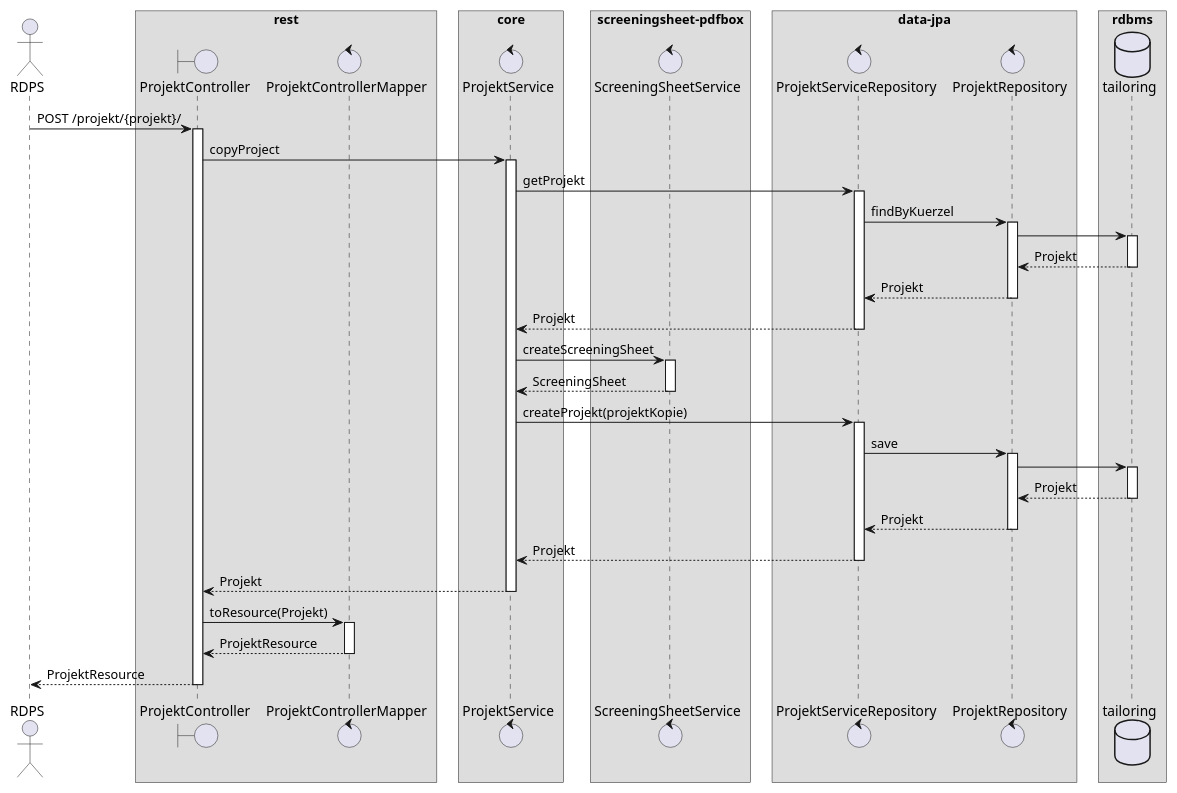
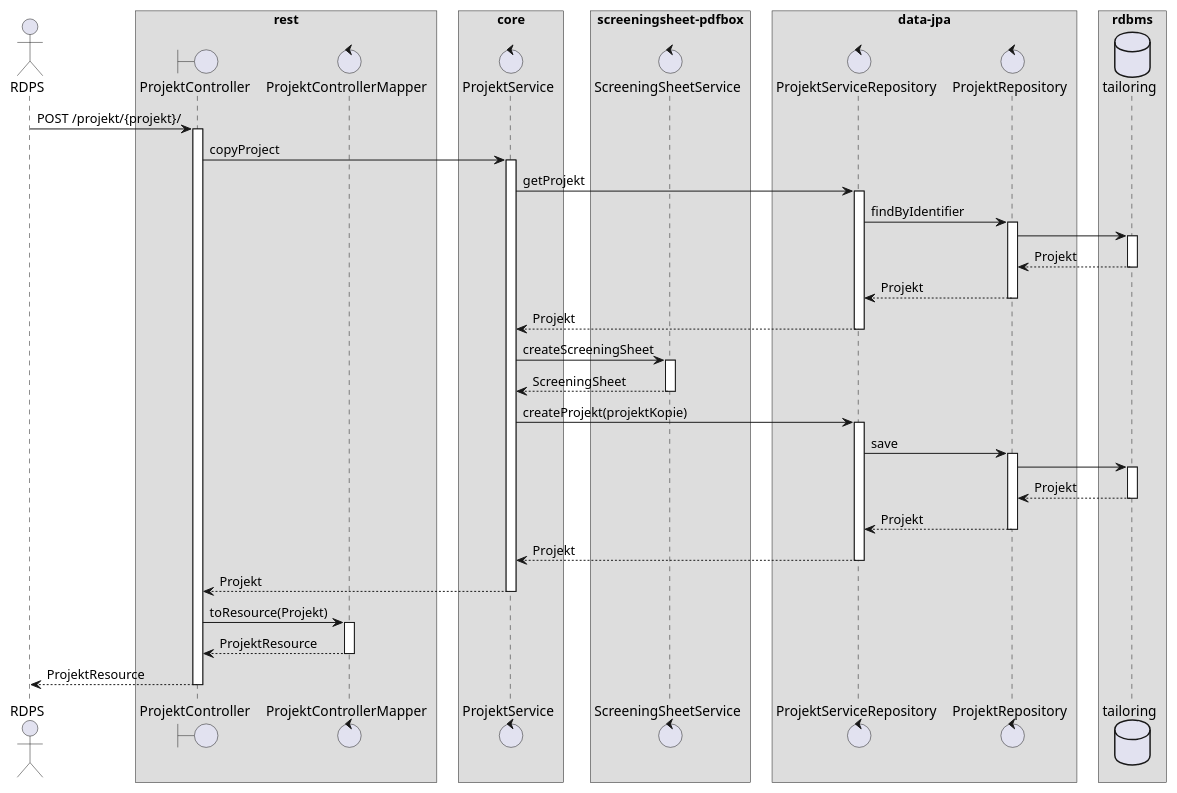
The diagram in src/site/arc42/plantuml/ProjektKopieren.plantuml (tailoringexpert/platform), drawn with PlantUML before and after one commit. The commit also changed 29 other files, not shown here.

```diff
--- a/src/site/arc42/plantuml/ProjektKopieren.plantuml
+++ b/src/site/arc42/plantuml/ProjektKopieren.plantuml
@@ -1,76 +1,76 @@
 @startuml ProjektKopieren.png
 skinparam BoxPadding 10
 
 actor RDPS
 
 box rest
     boundary ProjektController
     control ProjektControllerMapper
 end box
 
 box core
     control ProjektService
 end box
 
 box screeningsheet-pdfbox
     control ScreeningSheetService
 end box
 
 box data-jpa
     control ProjektServiceRepository
     control ProjektRepository
 end box
 
 box rdbms
     database tailoring as db
 end box
 
 RDPS -> ProjektController : POST /projekt/{projekt}/
 activate ProjektController
 
 ProjektController -> ProjektService : copyProject
 activate ProjektService
 
 ProjektService -> ProjektServiceRepository : getProjekt
 activate ProjektServiceRepository
-ProjektServiceRepository -> ProjektRepository : findByKuerzel
+ProjektServiceRepository -> ProjektRepository : findByIdentifier
 activate ProjektRepository
 ProjektRepository -> db
 activate db
 return Projekt
 ProjektRepository --> ProjektServiceRepository : Projekt
 deactivate ProjektRepository
 
 ProjektServiceRepository -->  ProjektService : Projekt
 deactivate ProjektServiceRepository
 
 ProjektService -> ScreeningSheetService : createScreeningSheet
 activate ScreeningSheetService
 return ScreeningSheet
 deactivate ScreeningSheetService
 
 ProjektService -> ProjektServiceRepository : createProjekt(projektKopie)
 activate ProjektServiceRepository
 ProjektServiceRepository -> ProjektRepository : save
 activate ProjektRepository
 ProjektRepository -> db
 activate db
 return Projekt
 deactivate db
 ProjektRepository --> ProjektServiceRepository : Projekt
 deactivate ProjektRepository
 ProjektServiceRepository --> ProjektService : Projekt
 deactivate ProjektServiceRepository
 
 ProjektService --> ProjektController : Projekt
 deactivate ProjektService
 
 ProjektController -> ProjektControllerMapper : toResource(Projekt)
 activate ProjektControllerMapper
 return ProjektResource
 deactivate ProjektControllerMapper
 ProjektController --> RDPS : ProjektResource
 deactivate ProjektController
 
 
 @enduml
```
